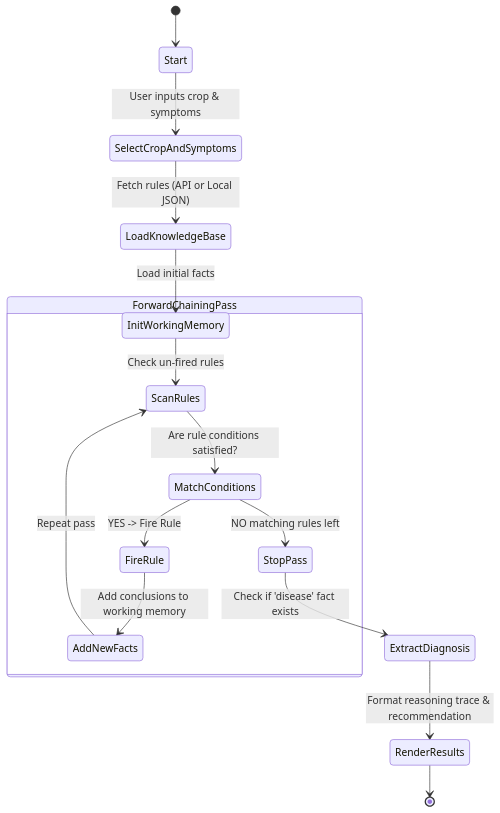
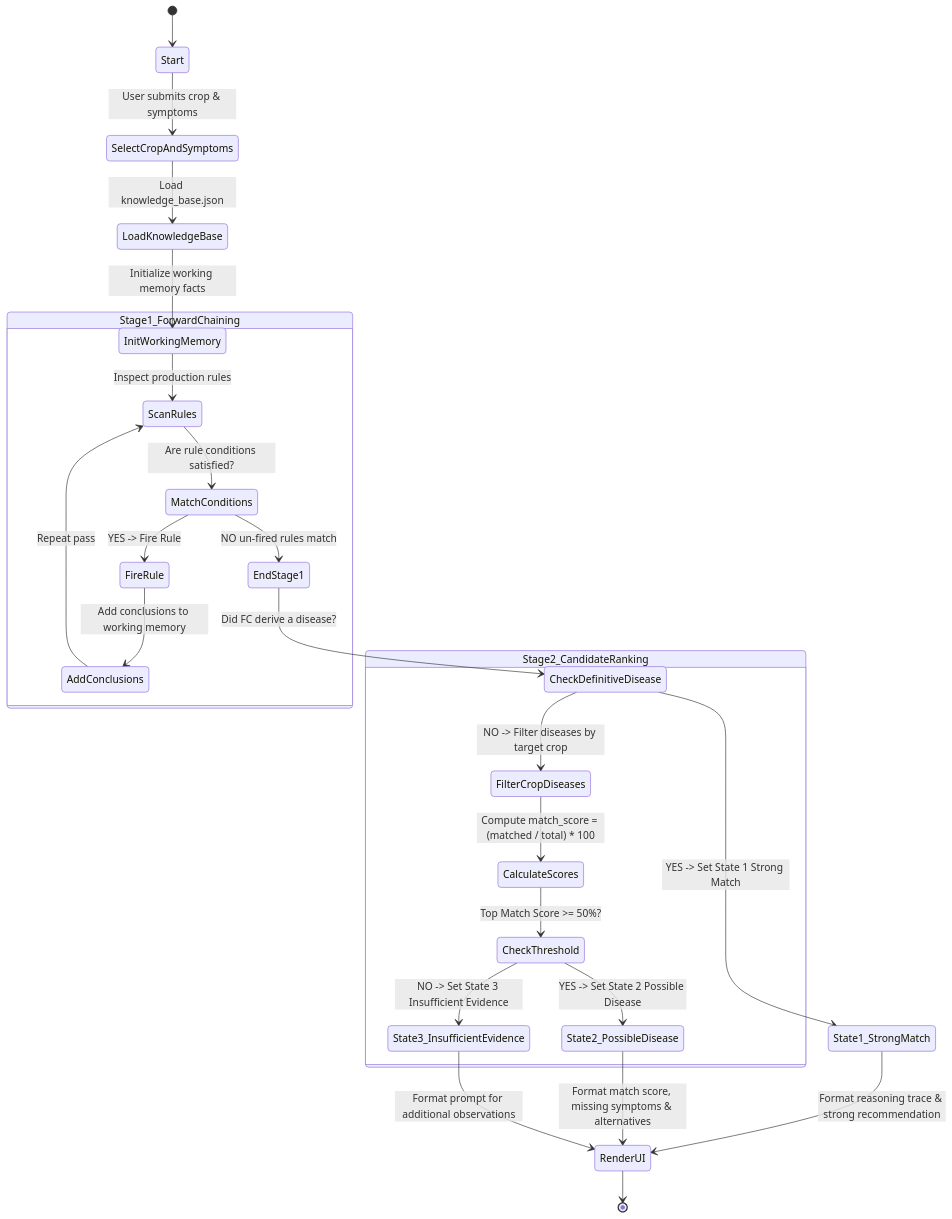
Before and after one commit to venkatengineer/FOAI-project: the second of 2 diagrams in docs/diagrams.md, drawn with Mermaid. The commit also changed other lines of this file and 18 other files, not shown here.

````diff
--- a/docs/diagrams.md
+++ b/docs/diagrams.md
@@ -24,20 +32,32 @@
 ```mermaid
 stateDiagram-v2
     [*] --> Start
-    Start --> SelectCropAndSymptoms: User inputs crop & symptoms
-    SelectCropAndSymptoms --> LoadKnowledgeBase: Fetch rules (API or Local JSON)
-    LoadKnowledgeBase --> InitWorkingMemory: Load initial facts
-    
-    state ForwardChainingPass {
-        InitWorkingMemory --> ScanRules: Check un-fired rules
+    Start --> SelectCropAndSymptoms: User submits crop & symptoms
+    SelectCropAndSymptoms --> LoadKnowledgeBase: Load knowledge_base.json
+    LoadKnowledgeBase --> InitWorkingMemory: Initialize working memory facts
+
+    state Stage1_ForwardChaining {
+        InitWorkingMemory --> ScanRules: Inspect production rules
         ScanRules --> MatchConditions: Are rule conditions satisfied?
         MatchConditions --> FireRule: YES -> Fire Rule
-        FireRule --> AddNewFacts: Add conclusions to working memory
-        AddNewFacts --> ScanRules: Repeat pass
-        MatchConditions --> StopPass: NO matching rules left
+        FireRule --> AddConclusions: Add conclusions to working memory
+        AddConclusions --> ScanRules: Repeat pass
+        MatchConditions --> EndStage1: NO un-fired rules match
     }
 
-    StopPass --> ExtractDiagnosis: Check if 'disease' fact exists
-    ExtractDiagnosis --> RenderResults: Format reasoning trace & recommendation
-    RenderResults --> [*]
+    EndStage1 --> CheckDefinitiveDisease: Did FC derive a disease?
+    CheckDefinitiveDisease --> State1_StrongMatch: YES -> Set State 1 Strong Match
+
+    state Stage2_CandidateRanking {
+        CheckDefinitiveDisease --> FilterCropDiseases: NO -> Filter diseases by target crop
+        FilterCropDiseases --> CalculateScores: Compute match_score = (matched / total) * 100
+        CalculateScores --> CheckThreshold: Top Match Score >= 50%?
+        CheckThreshold --> State2_PossibleDisease: YES -> Set State 2 Possible Disease
+        CheckThreshold --> State3_InsufficientEvidence: NO -> Set State 3 Insufficient Evidence
+    }
+
+    State1_StrongMatch --> RenderUI: Format reasoning trace & strong recommendation
+    State2_PossibleDisease --> RenderUI: Format match score, missing symptoms & alternatives
+    State3_InsufficientEvidence --> RenderUI: Format prompt for additional observations
+    RenderUI --> [*]
 ```
````
